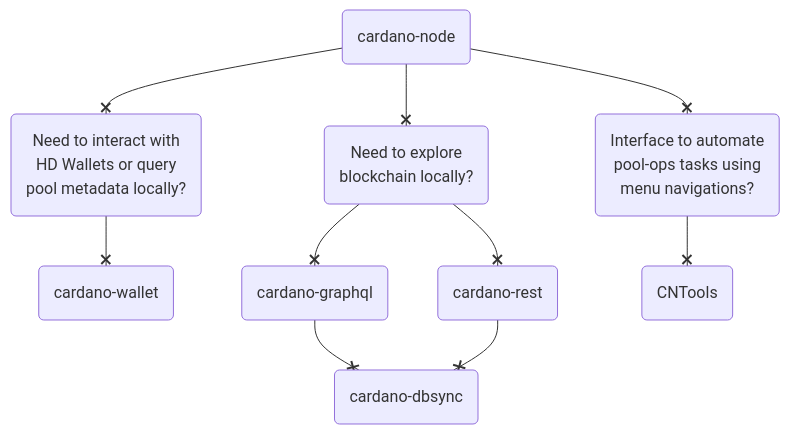
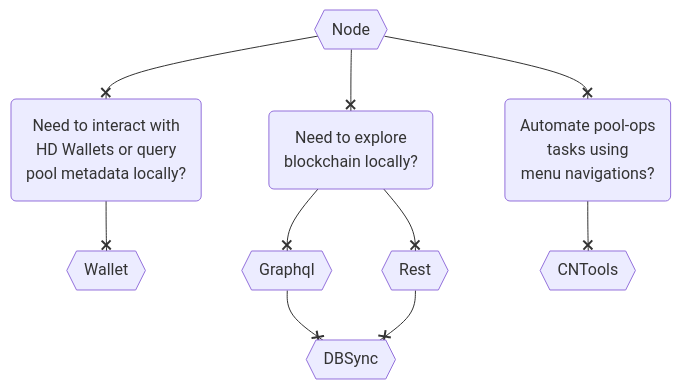
One commit to cardano-community/guild-operators changed the diagram in docs/build.md. Above: the diagram before and after it, drawn with Mermaid. The commit also changed 9 other files, not shown here.

Commit message:
Various doco updates, fix broken links, mermaid flex, etc

````diff
--- a/docs/build.md
+++ b/docs/build.md
@@ -7,20 +7,19 @@
 ```mermaid
-graph TD
-A(Need to interact with <br/>HD Wallets or query<br/> pool metadata locally?)
-B(Need to explore <br/> blockchain locally?)
-C(Interface to automate<br/>pool-ops tasks using <br/> menu navigations?)
-
-O(cardano-node)
-P(cardano-graphql)
-Q(cardano-dbsync)
-R(cardano-wallet)
-S(CNTools)
-T(cardano-rest)
+graph TB
+  A(Need to interact with <br/>HD Wallets or query<br/> pool metadata locally?)
+  B(Need to explore <br/> blockchain locally?)
+  C(Automate pool-ops <br/> tasks using <br/> menu navigations?)
+  O{{Node}}
+  P{{Graphql}}
+  Q{{DBSync }}
+  R{{Wallet}}
+  S{{CNTools}}
+  T{{Rest}}
 
 O --x A --x R
 O --x B
 B --x P --x Q
 B --x T --x Q
 O --x C
 C --x S
 ```
````
